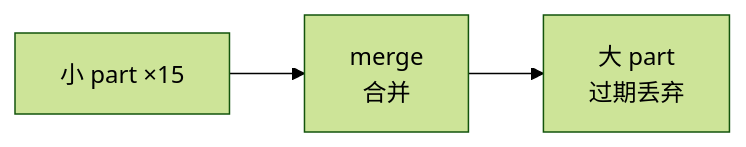
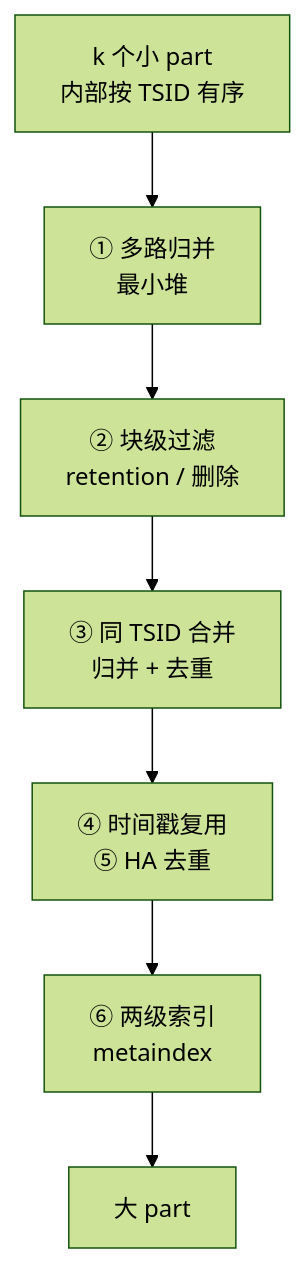
One commit to junjiewwang/myblog changed the fifth of 8 diagrams in docs/observability/victoriametrics/metric-journey.md. Above: the diagram before and after it, drawn with Mermaid (forest theme). The commit also changed other lines of this file, not shown here.

````diff
--- a/docs/observability/victoriametrics/metric-journey.md
+++ b/docs/observability/victoriametrics/metric-journey.md
@@ -168,4 +184,9 @@
 ```mermaid
-flowchart LR
-    A["小 part ×15"] --> B["merge<br/>合并"] --> C["大 part<br/>过期丢弃"]
+flowchart TD
+    A["k 个小 part<br/>内部按 TSID 有序"] --> B["① 多路归并<br/>最小堆"]
+    B --> C["② 块级过滤<br/>retention / 删除"]
+    C --> D["③ 同 TSID 合并<br/>归并 + 去重"]
+    D --> E["④ 时间戳复用<br/>⑤ HA 去重"]
+    E --> F["⑥ 两级索引<br/>metaindex"]
+    F --> G["大 part"]
 ```
````
